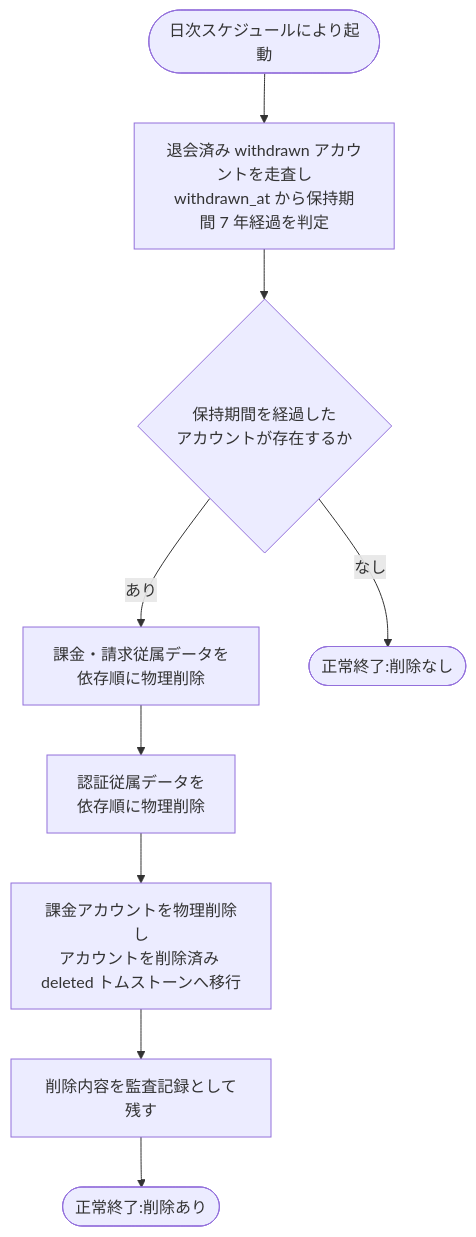
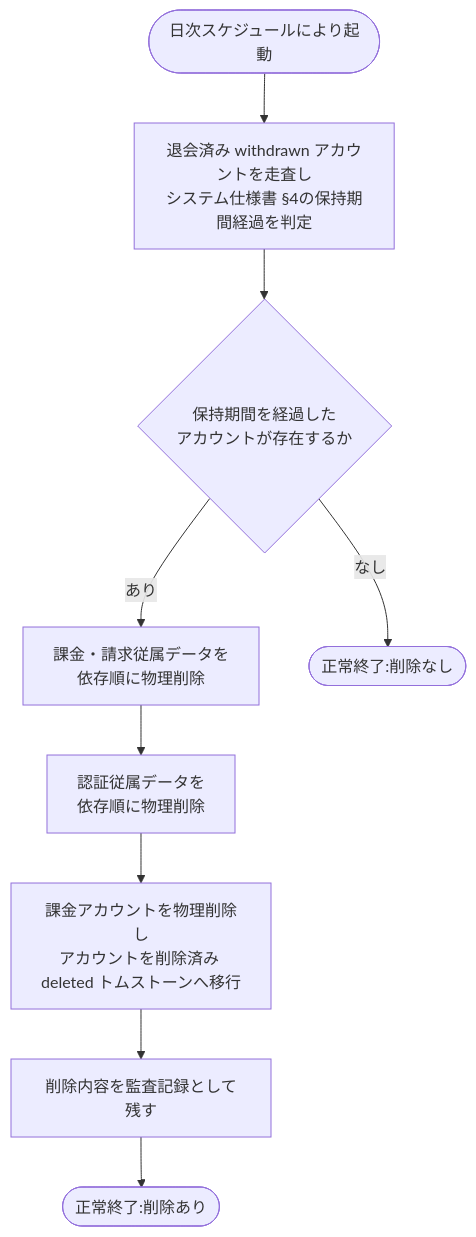
One commit to sikakou54/open-faq changed the diagram in 02_basic_design/02_backend/01_system/SYS-034.md. Above: the diagram before and after it, drawn with Mermaid. The commit also changed other lines of this file and 446 other files, not shown here.

````diff
--- a/02_basic_design/02_backend/01_system/SYS-034.md
+++ b/02_basic_design/02_backend/01_system/SYS-034.md
@@ -38,11 +35,11 @@
 ```mermaid
 flowchart TB
-  S([日次スケジュールにより起動]) --> A[退会済み withdrawn アカウントを走査し<br/>withdrawn_at から保持期間 7 年経過を判定]
+  S([日次スケジュールにより起動]) --> A[退会済み withdrawn アカウントを走査し<br/>システム仕様書 §4の保持期間経過を判定]
   A --> B{保持期間を経過した<br/>アカウントが存在するか}
   B -- あり --> C[課金・請求従属データを<br/>依存順に物理削除]
   C --> D[認証従属データを<br/>依存順に物理削除]
   D --> E[課金アカウントを物理削除し<br/>アカウントを削除済み deleted トムストーンへ移行]
   E --> F[削除内容を監査記録として残す]
   F --> G([正常終了:削除あり])
   B -- なし --> H([正常終了:削除なし])
 ```
````
